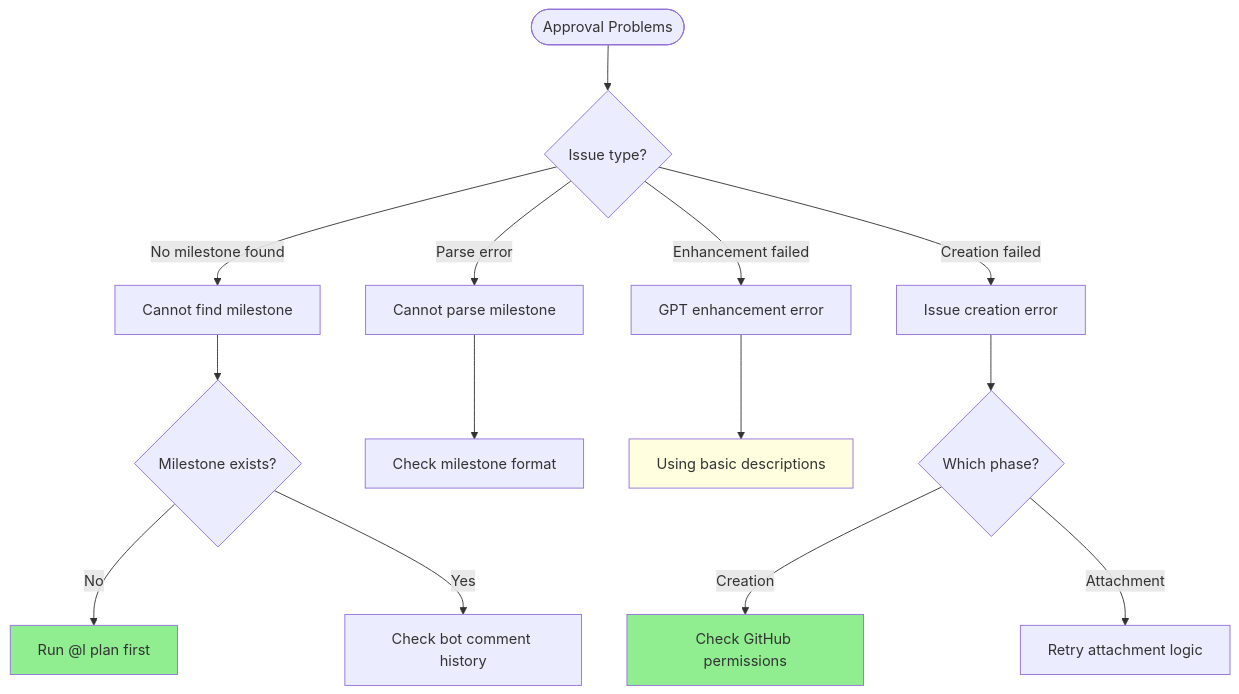
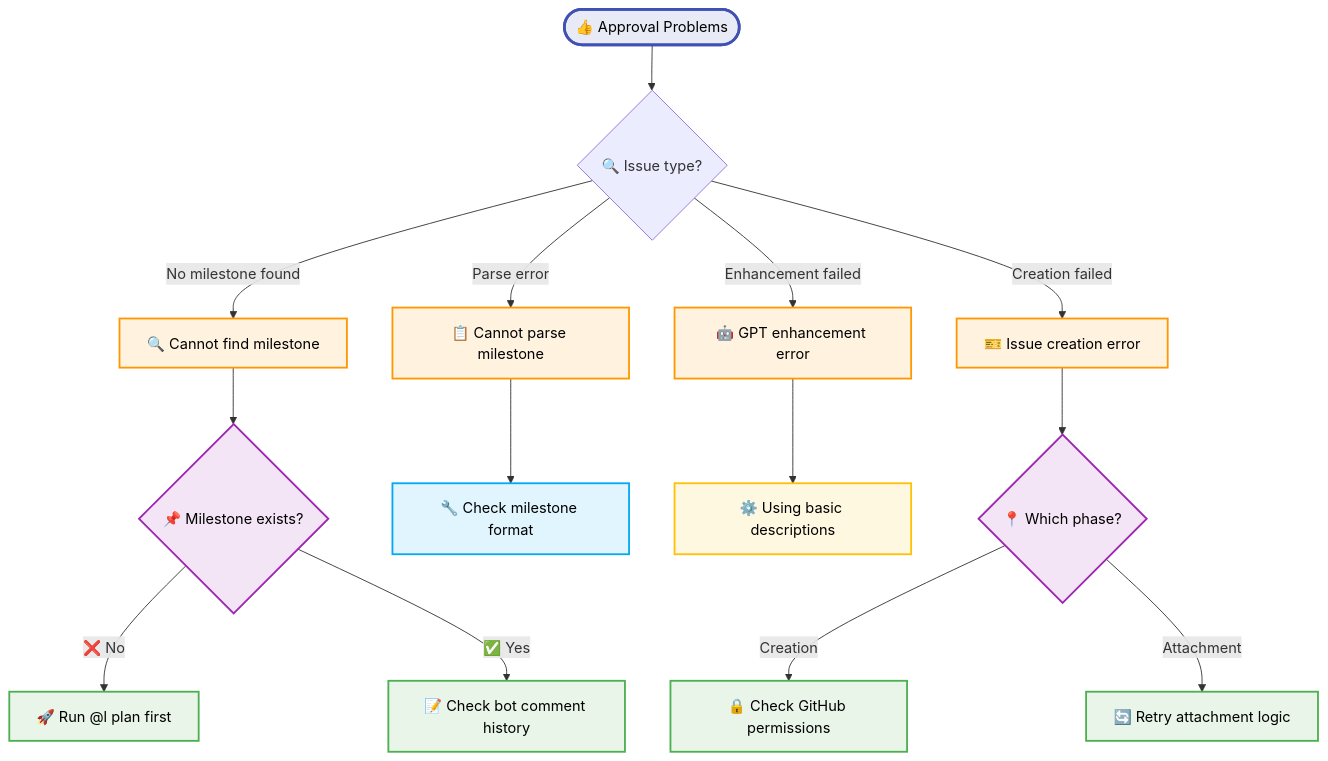
Before and after one commit to larp0/uwularpy: the eighth of 10 diagrams in AT_L_PLAN_TROUBLESHOOTING_FLOWCHART.md, drawn with Mermaid. The commit also changed other lines of this file and 1 other file, not shown here.

Commit message:
Improve mermaid diagrams with enhanced styling, icons, and visual hierarchy

````diff
--- a/AT_L_PLAN_TROUBLESHOOTING_FLOWCHART.md
+++ b/AT_L_PLAN_TROUBLESHOOTING_FLOWCHART.md
@@ -261,24 +332,35 @@
 ```mermaid
 flowchart TD
-    ApprovalFlow([Approval Problems]) --> A1{Issue type?}
+    ApprovalFlow([👍 Approval Problems]) --> A1{🔍 Issue type?}
     
-    A1 -->|No milestone found| A2[Cannot find milestone]
-    A1 -->|Parse error| A3[Cannot parse milestone]
-    A1 -->|Enhancement failed| A4[GPT enhancement error]
-    A1 -->|Creation failed| A5[Issue creation error]
+    A1 -->|No milestone found| A2[🔍 Cannot find milestone]
+    A1 -->|Parse error| A3[📋 Cannot parse milestone]
+    A1 -->|Enhancement failed| A4[🤖 GPT enhancement error]
+    A1 -->|Creation failed| A5[🎫 Issue creation error]
     
-    A2 --> A2Check{Milestone exists?}
-    A3 --> A3Fix[Check milestone format]
-    A4 --> A4Fix[Using basic descriptions]
-    A5 --> A5Check{Which phase?}
+    A2 --> A2Check{📌 Milestone exists?}
+    A3 --> A3Fix[🔧 Check milestone format]
+    A4 --> A4Fix[⚙️ Using basic descriptions]
+    A5 --> A5Check{📍 Which phase?}
     
-    A2Check -->|No| A2Fix1[Run @l plan first]
-    A2Check -->|Yes| A2Fix2[Check bot comment history]
+    A2Check -->|❌ No| A2Fix1[🚀 Run @l plan first]
+    A2Check -->|✅ Yes| A2Fix2[📝 Check bot comment history]
     
-    A5Check -->|Creation| A5Fix1[Check GitHub permissions]
-    A5Check -->|Attachment| A5Fix2[Retry attachment logic]
+    A5Check -->|Creation| A5Fix1[🔒 Check GitHub permissions]
+    A5Check -->|Attachment| A5Fix2[🔄 Retry attachment logic]
     
-    style A2Fix1 fill:#90EE90
-    style A4Fix fill:#FFFFE0
-    style A5Fix1 fill:#90EE90
+    %% Improved visual design with role-based colors
+    classDef startNode fill:#e8eaf6,stroke:#3f51b5,stroke-width:3px,color:#000
+    classDef issueNode fill:#fff3e0,stroke:#ff9800,stroke-width:2px,color:#000
+    classDef fixActionNode fill:#e8f5e8,stroke:#4caf50,stroke-width:2px,color:#000
+    classDef checkNode fill:#f3e5f5,stroke:#9c27b0,stroke-width:2px,color:#000
+    classDef warningNode fill:#fff8e1,stroke:#ffc107,stroke-width:2px,color:#000
+    classDef configNode fill:#e1f5fe,stroke:#03a9f4,stroke-width:2px,color:#000
+    
+    class ApprovalFlow startNode
+    class A2,A3,A4,A5 issueNode
+    class A2Fix1,A2Fix2,A5Fix1,A5Fix2 fixActionNode
+    class A2Check,A5Check checkNode
+    class A4Fix warningNode
+    class A3Fix configNode
 ```
````
